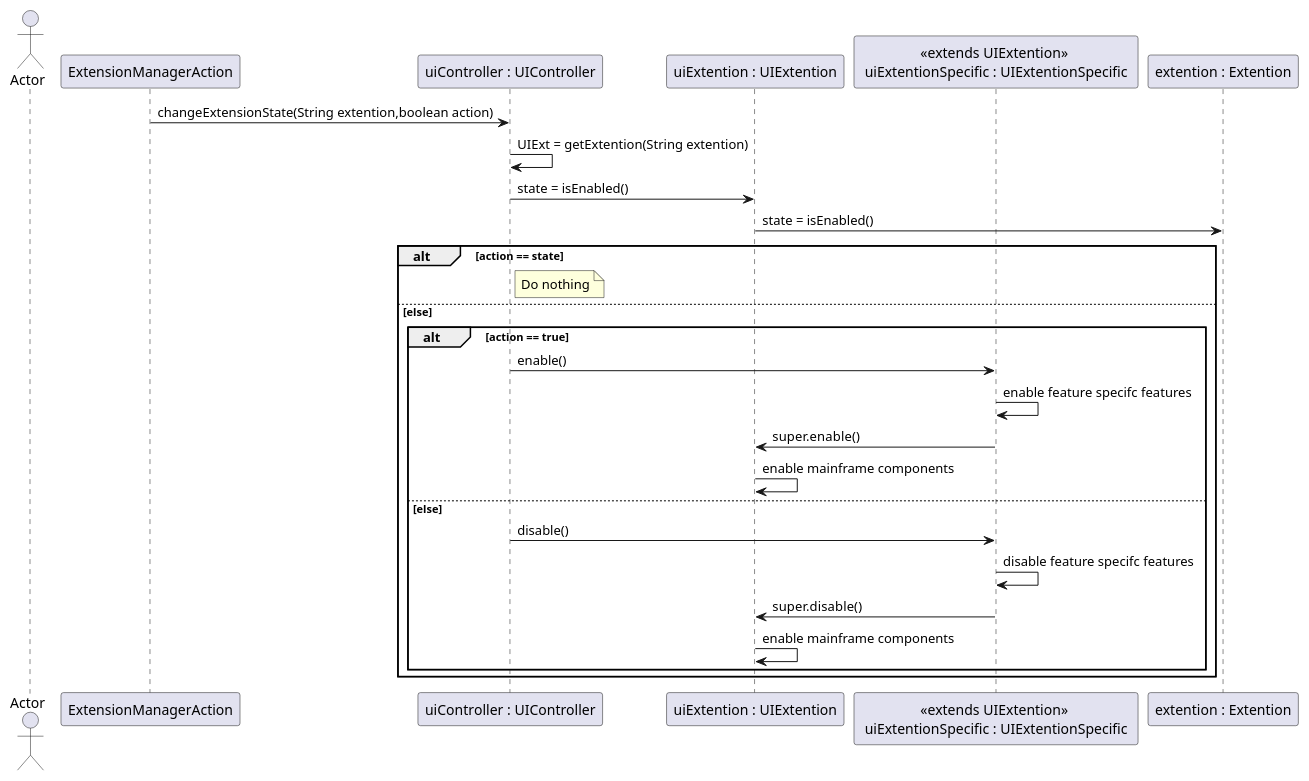
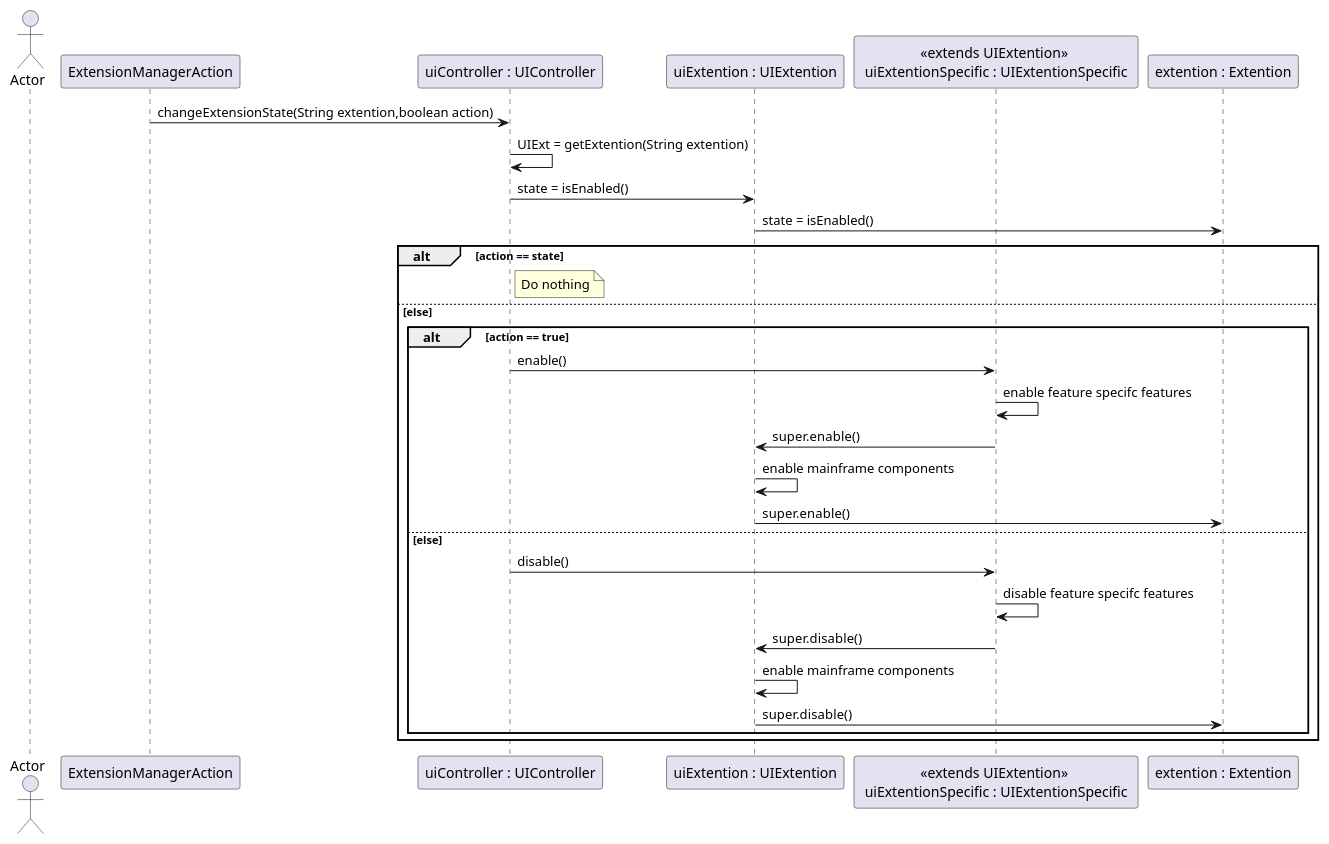
One commit to RubenTeixeira/cleansheets_isep_2dg_2016 changed the diagram in src/main/java/csheets/worklog/n1140280/sprint1/core01_01_design2.puml. Above: the diagram before and after it, drawn with PlantUML. The commit also changed 4 other files, not shown here.

Commit message:
LPFOURDG-110 #time 2h #comment Test fixing and diagram correction

```diff
--- a/src/main/java/csheets/worklog/n1140280/sprint1/core01_01_design2.puml
+++ b/src/main/java/csheets/worklog/n1140280/sprint1/core01_01_design2.puml
@@ -1,31 +1,33 @@
 @startuml doc-files/core01_01_design2.png
 actor Actor
   participant "ExtensionManagerAction" as ExtensionManagerAction
   participant "uiController : UIController" as UIController
   participant "uiExtention : UIExtention" as UIExtention
   participant "<<extends UIExtention>> \n uiExtentionSpecific : UIExtentionSpecific " as UIExtentionSpecific
   participant "extention : Extention" as Extention
 
  
     ExtensionManagerAction -> UIController : changeExtensionState(String extention,boolean action)
     UIController -> UIController : UIExt = getExtention(String extention)
     UIController -> UIExtention : state = isEnabled()
     UIExtention -> Extention : state = isEnabled() 
     alt action == state
     note right of UIController
         Do nothing
     end note 
     else else
        alt action == true
        UIController -> UIExtentionSpecific : enable()
        UIExtentionSpecific -> UIExtentionSpecific : enable feature specifc features
        UIExtentionSpecific -> UIExtention : super.enable()
        UIExtention -> UIExtention : enable mainframe components
+       UIExtention -> Extention : super.enable()
        else else   
        UIController -> UIExtentionSpecific : disable()
        UIExtentionSpecific -> UIExtentionSpecific : disable feature specifc features
        UIExtentionSpecific -> UIExtention : super.disable()
        UIExtention -> UIExtention : enable mainframe components
+       UIExtention -> Extention : super.disable()
      end 
     end
 @enduml
```
